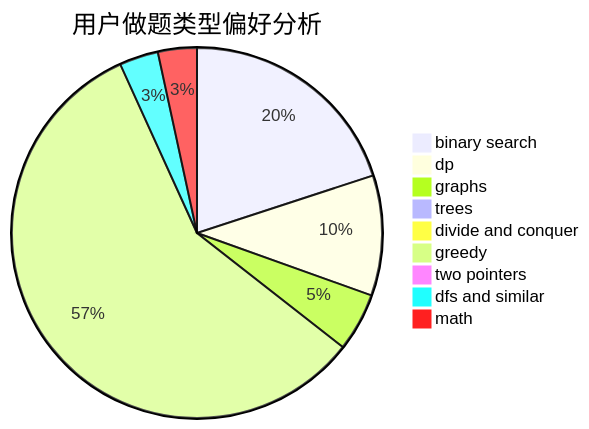
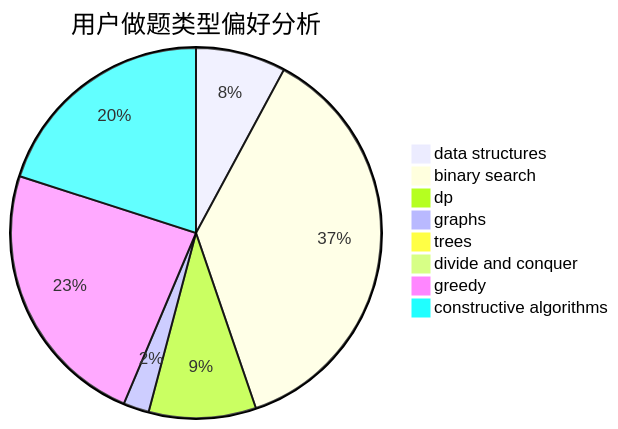
One commit to sherpahu/cfrs.github.io changed the second of 3 diagrams in docs/user/u2377.md. Above: the diagram before and after it, drawn with Mermaid. The commit also changed other lines of this file and 2775 other files, not shown here.

````diff
--- a/docs/user/u2377.md
+++ b/docs/user/u2377.md
@@ -23,12 +23,11 @@
 ```mermaid
 pie title 用户做题类型偏好分析
-    "binary search" :  200
-    "dp" :  105
-    "graphs" :  51
+    "data structures" :  42
+    "binary search" :  197
+    "dp" :  50
+    "graphs" :  12
     "trees" :  5
-    "divide and conquer" :  1
-    "greedy" :  577
-    "two pointers" :  0
-    "dfs and similar" :  34
-    "math" :  34
+    "divide and conquer" :  0
+    "greedy" :  126
+    "constructive algorithms" :  107
 ```
````
